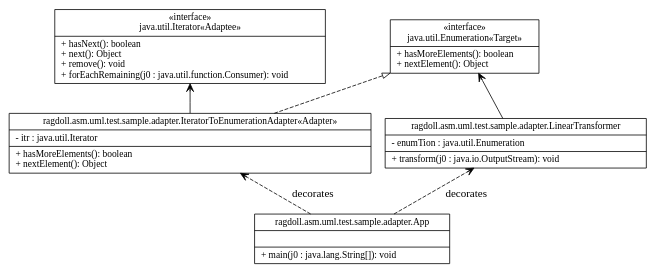
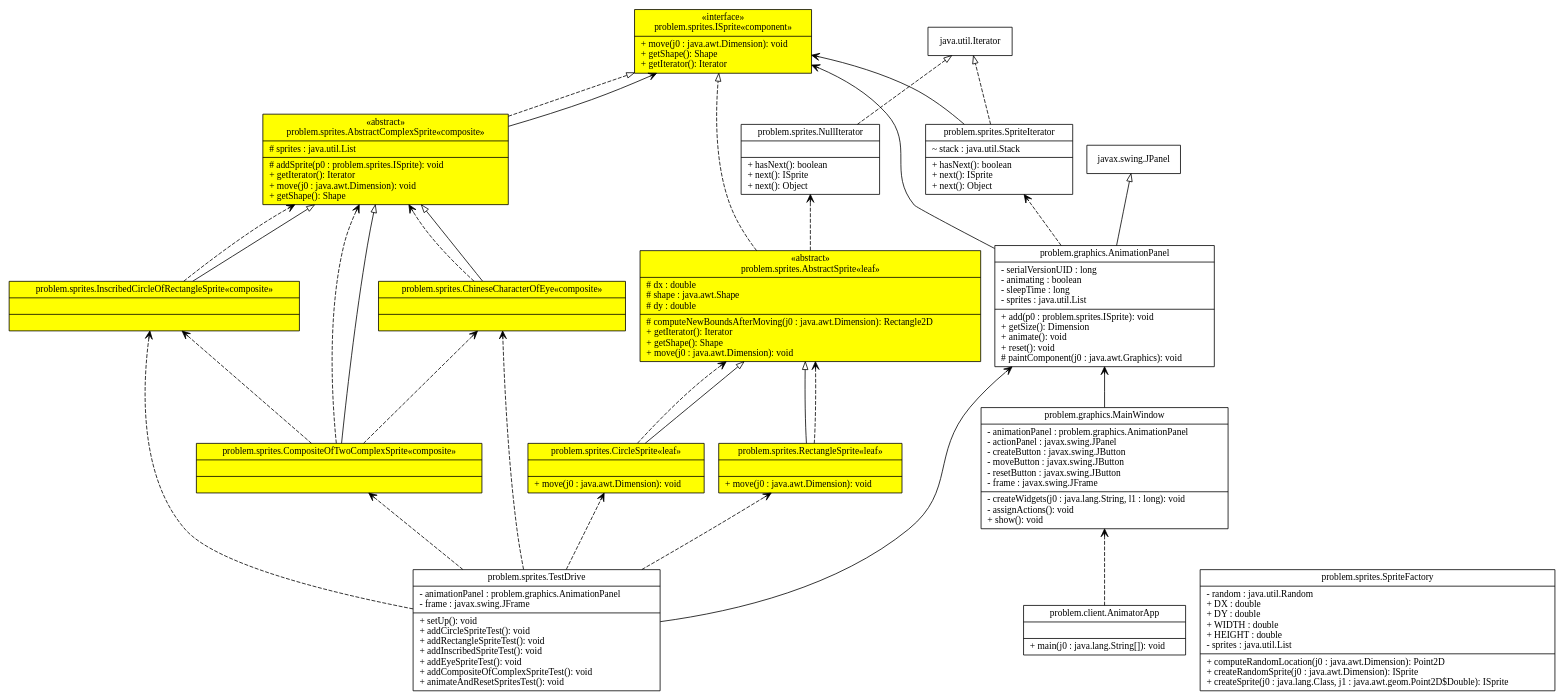
One commit to SashaMoe/Ragdoll changed the diagram in demo/miao.gv. Above: the diagram before and after it, drawn with Graphviz. The commit also changed 4 other files, not shown here.

```diff
--- a/demo/miao.gv
+++ b/demo/miao.gv
@@ -7,17 +7,63 @@
 fontsize = 12
 shape = "record"
 ]
-"ragdoll.asm.uml.test.sample.adapter.IteratorToEnumerationAdapter" [
+"problem.sprites.RectangleSprite" [
 color=black
-bgcolor="red"
-label = "{ragdoll.asm.uml.test.sample.adapter.IteratorToEnumerationAdapter
-«Adapter»\n|- itr : java.util.Iterator\l|+ hasMoreElements(): boolean\l+ nextElement(): Object\l}"
+fillcolor="yellow"
+style=filled
+label = "{problem.sprites.RectangleSprite
+«leaf»\n||+ move(j0 : java.awt.Dimension): void\l}"
 ]
 edge [
 style = "dashed"
 arrowhead = "empty"
 ]
-"ragdoll.asm.uml.test.sample.adapter.IteratorToEnumerationAdapter" -> "java.util.Enumeration"
+edge [
+style = "solid"
+arrowhead = "empty"
+]
+"problem.sprites.RectangleSprite" -> "problem.sprites.AbstractSprite"
+edge [
+style = "dashed"
+arrowhead = "vee"
+]
+"problem.sprites.RectangleSprite" -> "problem.sprites.AbstractSprite"
+edge [label=" "]
+"problem.sprites.CompositeOfTwoComplexSprite" [
+color=black
+fillcolor="yellow"
+style=filled
+label = "{problem.sprites.CompositeOfTwoComplexSprite
+«composite»\n||}"
+]
+edge [
+style = "dashed"
+arrowhead = "empty"
+]
+edge [
+style = "solid"
+arrowhead = "empty"
+]
+"problem.sprites.CompositeOfTwoComplexSprite" -> "problem.sprites.AbstractComplexSprite"
+edge [
+style = "dashed"
+arrowhead = "vee"
+]
+"problem.sprites.CompositeOfTwoComplexSprite" -> "problem.sprites.InscribedCircleOfRectangleSprite"
+"problem.sprites.CompositeOfTwoComplexSprite" -> "problem.sprites.AbstractComplexSprite"
+"problem.sprites.CompositeOfTwoComplexSprite" -> "problem.sprites.ChineseCharacterOfEye"
+edge [label=" "]
+"problem.sprites.SpriteIterator" [
+color=black
+fillcolor="white"
+style=filled
+label = "{problem.sprites.SpriteIterator|~ stack : java.util.Stack\l|+ hasNext(): boolean\l+ next(): ISprite\l+ next(): Object\l}"
+]
+edge [
+style = "dashed"
+arrowhead = "empty"
+]
+"problem.sprites.SpriteIterator" -> "java.util.Iterator"
 edge [
 style = "solid"
 arrowhead = "empty"
@@ -29,13 +75,142 @@
 edge [
 style = "solid"
 arrowhead = "vee"
+label = " "
 ]
-"ragdoll.asm.uml.test.sample.adapter.IteratorToEnumerationAdapter" -> "java.util.Iterator"
-"java.util.Iterator" [
+"problem.sprites.SpriteIterator" -> "problem.sprites.ISprite"
+edge [label=" "]
+"problem.sprites.SpriteFactory" [
 color=black
-bgcolor="red"
-label = "{«interface»\njava.util.Iterator
-«Adaptee»\n|+ hasNext(): boolean\l+ next(): Object\l+ remove(): void\l+ forEachRemaining(j0 : java.util.function.Consumer): void\l}"
+fillcolor="white"
+style=filled
+label = "{problem.sprites.SpriteFactory|- random : java.util.Random\l+ DX : double\l+ DY : double\l+ WIDTH : double\l+ HEIGHT : double\l- sprites : java.util.List\l|+ computeRandomLocation(j0 : java.awt.Dimension): Point2D\l+ createRandomSprite(j0 : java.awt.Dimension): ISprite\l+ createSprite(j0 : java.lang.Class, j1 : java.awt.geom.Point2D$Double): ISprite\l}"
+]
+edge [
+style = "dashed"
+arrowhead = "empty"
+]
+edge [
+style = "solid"
+arrowhead = "empty"
+]
+edge [
+style = "dashed"
+arrowhead = "vee"
+]
+edge [label=" "]
+"problem.sprites.InscribedCircleOfRectangleSprite" [
+color=black
+fillcolor="yellow"
+style=filled
+label = "{problem.sprites.InscribedCircleOfRectangleSprite
+«composite»\n||}"
+]
+edge [
+style = "dashed"
+arrowhead = "empty"
+]
+edge [
+style = "solid"
+arrowhead = "empty"
+]
+"problem.sprites.InscribedCircleOfRectangleSprite" -> "problem.sprites.AbstractComplexSprite"
+edge [
+style = "dashed"
+arrowhead = "vee"
+]
+"problem.sprites.InscribedCircleOfRectangleSprite" -> "problem.sprites.AbstractComplexSprite"
+edge [label=" "]
+"problem.sprites.AbstractSprite" [
+color=black
+fillcolor="yellow"
+style=filled
+label = "{«abstract»\nproblem.sprites.AbstractSprite
+«leaf»\n|# dx : double\l# shape : java.awt.Shape\l# dy : double\l|# computeNewBoundsAfterMoving(j0 : java.awt.Dimension): Rectangle2D\l+ getIterator(): Iterator\l+ getShape(): Shape\l+ move(j0 : java.awt.Dimension): void\l}"
+]
+edge [
+style = "dashed"
+arrowhead = "empty"
+]
+"problem.sprites.AbstractSprite" -> "problem.sprites.ISprite"
+edge [
+style = "solid"
+arrowhead = "empty"
+]
+edge [
+style = "dashed"
+arrowhead = "vee"
+]
+"problem.sprites.AbstractSprite" -> "problem.sprites.NullIterator"
+edge [label=" "]
+"problem.sprites.ChineseCharacterOfEye" [
+color=black
+fillcolor="yellow"
+style=filled
+label = "{problem.sprites.ChineseCharacterOfEye
+«composite»\n||}"
+]
+edge [
+style = "dashed"
+arrowhead = "empty"
+]
+edge [
+style = "solid"
+arrowhead = "empty"
+]
+"problem.sprites.ChineseCharacterOfEye" -> "problem.sprites.AbstractComplexSprite"
+edge [
+style = "dashed"
+arrowhead = "vee"
+]
+"problem.sprites.ChineseCharacterOfEye" -> "problem.sprites.AbstractComplexSprite"
+edge [label=" "]
+"problem.sprites.CircleSprite" [
+color=black
+fillcolor="yellow"
+style=filled
+label = "{problem.sprites.CircleSprite
+«leaf»\n||+ move(j0 : java.awt.Dimension): void\l}"
+]
+edge [
+style = "dashed"
+arrowhead = "empty"
+]
+edge [
+style = "solid"
+arrowhead = "empty"
+]
+"problem.sprites.CircleSprite" -> "problem.sprites.AbstractSprite"
+edge [
+style = "dashed"
+arrowhead = "vee"
+]
+"problem.sprites.CircleSprite" -> "problem.sprites.AbstractSprite"
+edge [label=" "]
+"problem.client.AnimatorApp" [
+color=black
+fillcolor="white"
+style=filled
+label = "{problem.client.AnimatorApp||+ main(j0 : java.lang.String[]): void\l}"
+]
+edge [
+style = "dashed"
+arrowhead = "empty"
+]
+edge [
+style = "solid"
+arrowhead = "empty"
+]
+edge [
+style = "dashed"
+arrowhead = "vee"
+]
+"problem.client.AnimatorApp" -> "problem.graphics.MainWindow"
+edge [label=" "]
+"problem.graphics.MainWindow" [
+color=black
+fillcolor="white"
+style=filled
+label = "{problem.graphics.MainWindow|- animationPanel : problem.graphics.AnimationPanel\l- actionPanel : javax.swing.JPanel\l- createButton : javax.swing.JButton\l- moveButton : javax.swing.JButton\l- resetButton : javax.swing.JButton\l- frame : javax.swing.JFrame\l|- createWidgets(j0 : java.lang.String, l1 : long): void\l- assignActions(): void\l+ show(): void\l}"
 ]
 edge [
 style = "dashed"
@@ -52,12 +227,70 @@
 edge [
 style = "solid"
 arrowhead = "vee"
+label = " "
 ]
-"java.util.Enumeration" [
+"problem.graphics.MainWindow" -> "problem.graphics.AnimationPanel"
+edge [label=" "]
+"problem.sprites.AbstractComplexSprite" [
 color=black
-bgcolor="red"
-label = "{«interface»\njava.util.Enumeration
-«Target»\n|+ hasMoreElements(): boolean\l+ nextElement(): Object\l}"
+fillcolor="yellow"
+style=filled
+label = "{«abstract»\nproblem.sprites.AbstractComplexSprite
+«composite»\n|# sprites : java.util.List\l|# addSprite(p0 : problem.sprites.ISprite): void\l+ getIterator(): Iterator\l+ move(j0 : java.awt.Dimension): void\l+ getShape(): Shape\l}"
+]
+edge [
+style = "dashed"
+arrowhead = "empty"
+]
+"problem.sprites.AbstractComplexSprite" -> "problem.sprites.ISprite"
+edge [
+style = "solid"
+arrowhead = "empty"
+]
+edge [
+style = "dashed"
+arrowhead = "vee"
+]
+edge [
+style = "solid"
+arrowhead = "vee"
+label = " "
+]
+"problem.sprites.AbstractComplexSprite" -> "problem.sprites.ISprite"
+edge [label=" "]
+"problem.graphics.AnimationPanel" [
+color=black
+fillcolor="white"
+style=filled
+label = "{problem.graphics.AnimationPanel|- serialVersionUID : long\l- animating : boolean\l- sleepTime : long\l- sprites : java.util.List\l|+ add(p0 : problem.sprites.ISprite): void\l+ getSize(): Dimension\l+ animate(): void\l+ reset(): void\l# paintComponent(j0 : java.awt.Graphics): void\l}"
+]
+edge [
+style = "dashed"
+arrowhead = "empty"
+]
+edge [
+style = "solid"
+arrowhead = "empty"
+]
+"problem.graphics.AnimationPanel" -> "javax.swing.JPanel"
+edge [
+style = "dashed"
+arrowhead = "vee"
+]
+"problem.graphics.AnimationPanel" -> "problem.sprites.SpriteIterator"
+edge [
+style = "solid"
+arrowhead = "vee"
+label = " "
+]
+"problem.graphics.AnimationPanel" -> "problem.sprites.ISprite"
+edge [label=" "]
+"problem.sprites.ISprite" [
+color=black
+fillcolor="yellow"
+style=filled
+label = "{«interface»\nproblem.sprites.ISprite
+«component»\n|+ move(j0 : java.awt.Dimension): void\l+ getShape(): Shape\l+ getIterator(): Iterator\l}"
 ]
 edge [
 style = "dashed"
@@ -71,14 +304,32 @@
 style = "dashed"
 arrowhead = "vee"
 ]
+edge [label=" "]
+"problem.sprites.NullIterator" [
+color=black
+fillcolor="white"
+style=filled
+label = "{problem.sprites.NullIterator||+ hasNext(): boolean\l+ next(): ISprite\l+ next(): Object\l}"
+]
+edge [
+style = "dashed"
+arrowhead = "empty"
+]
+"problem.sprites.NullIterator" -> "java.util.Iterator"
 edge [
 style = "solid"
+arrowhead = "empty"
+]
+edge [
+style = "dashed"
 arrowhead = "vee"
 ]
-"ragdoll.asm.uml.test.sample.adapter.LinearTransformer" [
+edge [label=" "]
+"problem.sprites.TestDrive" [
 color=black
-bgcolor="white"
-label = "{ragdoll.asm.uml.test.sample.adapter.LinearTransformer|- enumTion : java.util.Enumeration\l|+ transform(j0 : java.io.OutputStream): void\l}"
+fillcolor="white"
+style=filled
+label = "{problem.sprites.TestDrive|- animationPanel : problem.graphics.AnimationPanel\l- frame : javax.swing.JFrame\l|+ setUp(): void\l+ addCircleSpriteTest(): void\l+ addRectangleSpriteTest(): void\l+ addInscribedSpriteTest(): void\l+ addEyeSpriteTest(): void\l+ addCompositeOfComplexSpriteTest(): void\l+ animateAndResetSpritesTest(): void\l}"
 ]
 edge [
 style = "dashed"
@@ -92,33 +343,16 @@
 style = "dashed"
 arrowhead = "vee"
 ]
+"problem.sprites.TestDrive" -> "problem.sprites.RectangleSprite"
+"problem.sprites.TestDrive" -> "problem.sprites.CompositeOfTwoComplexSprite"
+"problem.sprites.TestDrive" -> "problem.sprites.InscribedCircleOfRectangleSprite"
+"problem.sprites.TestDrive" -> "problem.sprites.ChineseCharacterOfEye"
+"problem.sprites.TestDrive" -> "problem.sprites.CircleSprite"
 edge [
 style = "solid"
 arrowhead = "vee"
+label = " "
 ]
-"ragdoll.asm.uml.test.sample.adapter.LinearTransformer" -> "java.util.Enumeration"
-"ragdoll.asm.uml.test.sample.adapter.App" [
-color=black
-bgcolor="white"
-label = "{ragdoll.asm.uml.test.sample.adapter.App||+ main(j0 : java.lang.String[]): void\l}"
-]
-edge [
-style = "dashed"
-arrowhead = "empty"
-]
-edge [
-style = "solid"
-arrowhead = "empty"
-]
-edge [
-style = "dashed"
-arrowhead = "vee"
-label = "decorates"
-]
-"ragdoll.asm.uml.test.sample.adapter.App" -> "ragdoll.asm.uml.test.sample.adapter.IteratorToEnumerationAdapter"
-"ragdoll.asm.uml.test.sample.adapter.App" -> "ragdoll.asm.uml.test.sample.adapter.LinearTransformer"
-edge [
-style = "solid"
-arrowhead = "vee"
-]
+"problem.sprites.TestDrive" -> "problem.graphics.AnimationPanel"
+edge [label=" "]
 }
```
